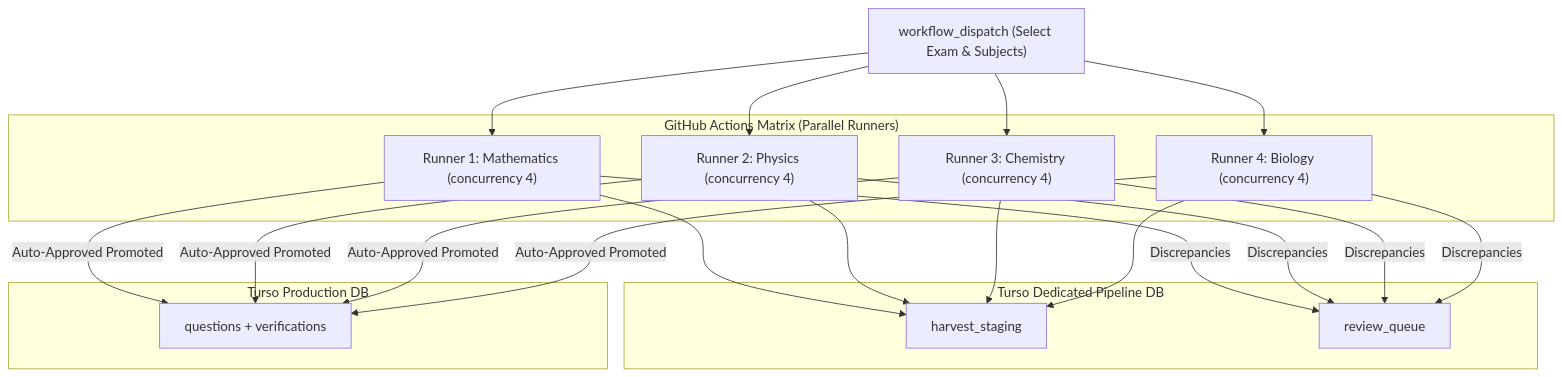
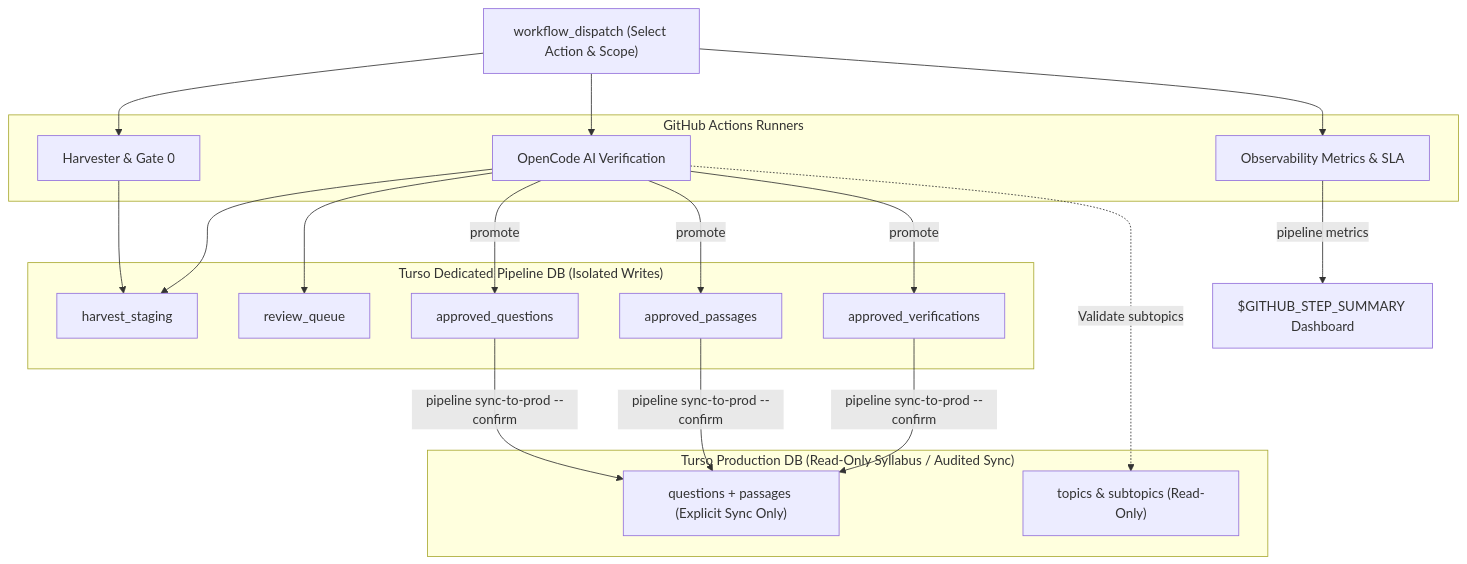
The diagram in utmelab-pipeline/docs/ORCHESTRATION_AND_CICD.md (shedrackgodstime/utmelab-api), drawn with Mermaid before and after one commit. The commit also changed 11 other files, not shown here.

Commit message:
feat(pipeline): add observability metrics engine, NECO harvester, and audited production sync

````diff
--- a/utmelab-pipeline/docs/ORCHESTRATION_AND_CICD.md
+++ b/utmelab-pipeline/docs/ORCHESTRATION_AND_CICD.md
@@ -13,25 +13,31 @@
 ```mermaid
 flowchart TD
-    DISPATCH["workflow_dispatch (Select Exam & Subjects)"]
+    DISPATCH["workflow_dispatch (Select Action & Scope)"]
     
-    subgraph "GitHub Actions Matrix (Parallel Runners)"
-        R1["Runner 1: Mathematics (concurrency 4)"]
-        R2["Runner 2: Physics (concurrency 4)"]
-        R3["Runner 3: Chemistry (concurrency 4)"]
-        R4["Runner 4: Biology (concurrency 4)"]
+    subgraph "GitHub Actions Runners"
+        R1["Harvester & Gate 0"]
+        R2["OpenCode AI Verification"]
+        R3["Observability Metrics & SLA"]
     end
     
-    subgraph "Turso Dedicated Pipeline DB"
+    subgraph "Turso Dedicated Pipeline DB (Isolated Writes)"
         ST["harvest_staging"]
         RQ["review_queue"]
+        AQ["approved_questions"]
+        AP["approved_passages"]
+        AV["approved_verifications"]
     end
 
-    subgraph "Turso Production DB"
-        PROD["questions + verifications"]
+    subgraph "Turso Production DB (Read-Only Syllabus / Audited Sync)"
+        SYLL["topics & subtopics (Read-Only)"]
+        PROD["questions + passages (Explicit Sync Only)"]
     end
 
-    DISPATCH --> R1 & R2 & R3 & R4
-    R1 & R2 & R3 & R4 --> ST
-    R1 & R2 & R3 & R4 -->|Discrepancies| RQ
-    R1 & R2 & R3 & R4 -->|Auto-Approved Promoted| PROD
+    DISPATCH --> R1 & R2 & R3
+    R1 --> ST
+    R2 --> ST & RQ
+    R2 -->|promote| AQ & AP & AV
+    R2 -.->|Validate subtopics| SYLL
+    R3 -->|pipeline metrics| GITHUB_SUMMARY["$GITHUB_STEP_SUMMARY Dashboard"]
+    AQ & AP & AV -->|pipeline sync-to-prod --confirm| PROD
 ```
````
